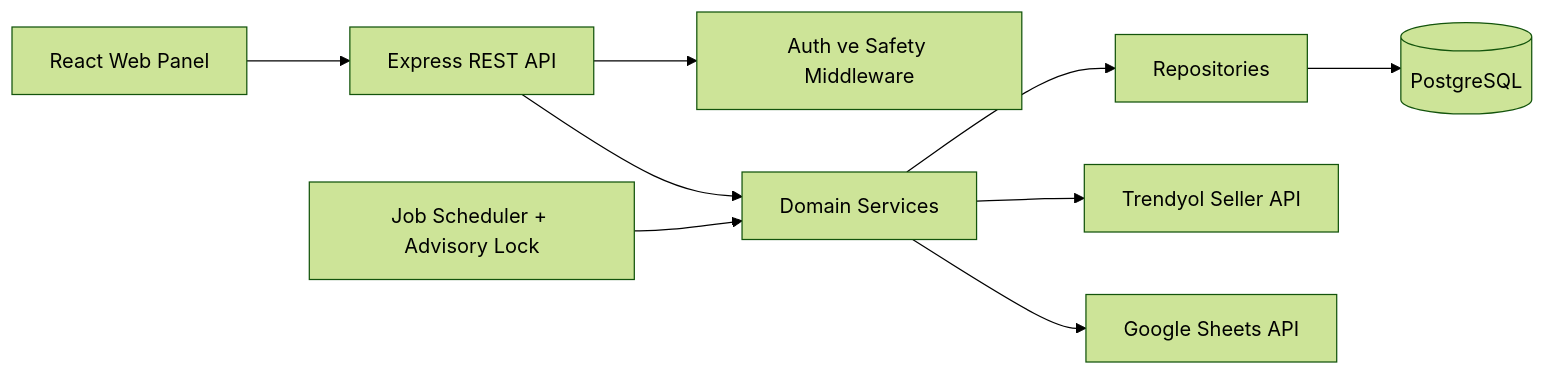
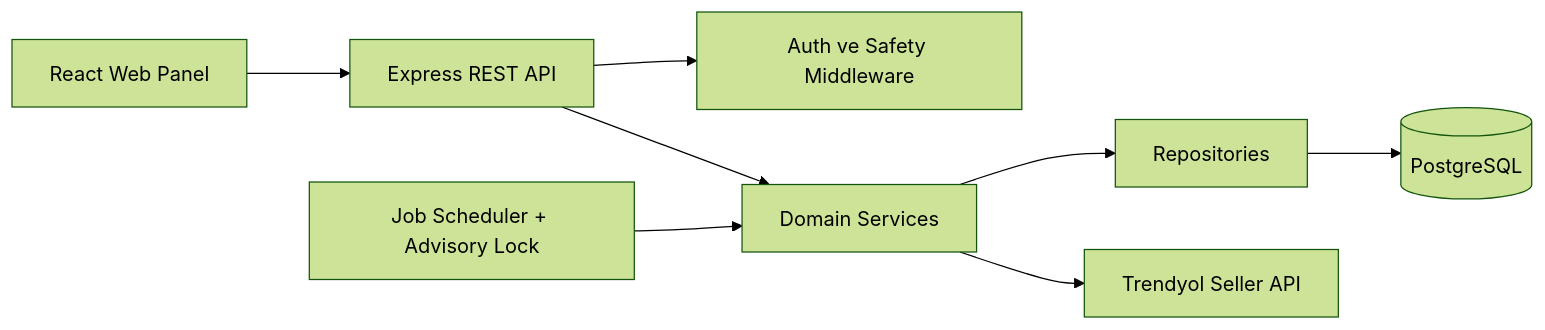
Before and after one commit to aslamacigross/aslamaci-repricer: the first of 2 diagrams in ARCHITECTURE.md, drawn with Mermaid (forest theme). The commit also changed other lines of this file and 24 other files, not shown here.

Commit message:
Remove Google Sheets dependency

````diff
--- a/ARCHITECTURE.md
+++ b/ARCHITECTURE.md
@@ -5,11 +5,10 @@
 ```mermaid
 flowchart LR
   UI[React Web Panel] --> API[Express REST API]
   API --> AUTH[Auth ve Safety Middleware]
   API --> SERVICES[Domain Services]
   SERVICES --> REPOS[Repositories]
   REPOS --> DB[(PostgreSQL)]
   SERVICES --> TY[Trendyol Seller API]
-  SERVICES --> GS[Google Sheets API]
   JOBS[Job Scheduler + Advisory Lock] --> SERVICES
 ```
````
